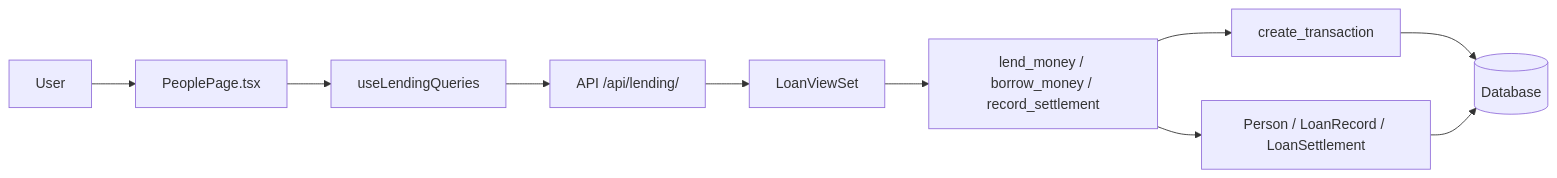
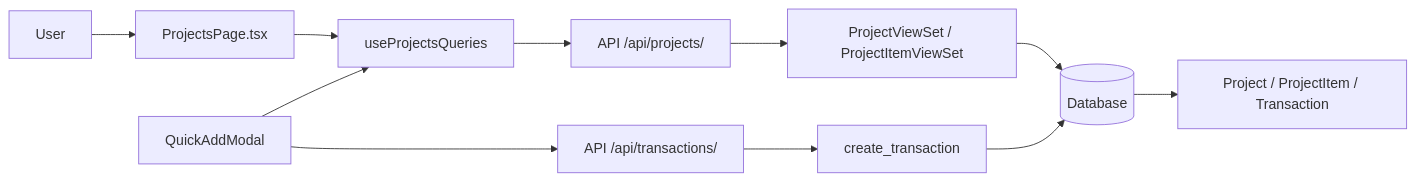
One commit to S0hanbd/Personal_Finance changed the diagram in .junie/plans/phase-5-lending-borrowing.md. Above: the diagram before and after it, drawn with Mermaid. The commit also changed other lines of this file and 17 other files, not shown here.

````diff
--- a/.junie/plans/phase-5-lending-borrowing.md
+++ b/.junie/plans/phase-5-lending-borrowing.md
@@ -79,12 +104,13 @@
 ```mermaid
 graph LR
-  U[User] --> P[PeoplePage.tsx]
-  P --> H[useLendingQueries]
-  H --> A[API /api/lending/]
-  A --> V[LoanViewSet]
-  V --> S[lend_money / borrow_money / record_settlement]
-  S --> L[create_transaction]
-  L --> DB[(Database)]
-  S --> M[Person / LoanRecord / LoanSettlement]
-  M --> DB
+  U[User] --> P[ProjectsPage.tsx]
+  P --> H[useProjectsQueries]
+  H --> A[API /api/projects/]
+  A --> V[ProjectViewSet / ProjectItemViewSet]
+  V --> DB[(Database)]
+  Q[QuickAddModal] --> H
+  Q --> T[API /api/transactions/]
+  T --> S[create_transaction]
+  S --> DB
+  DB --> M[Project / ProjectItem / Transaction]
 ```
````
